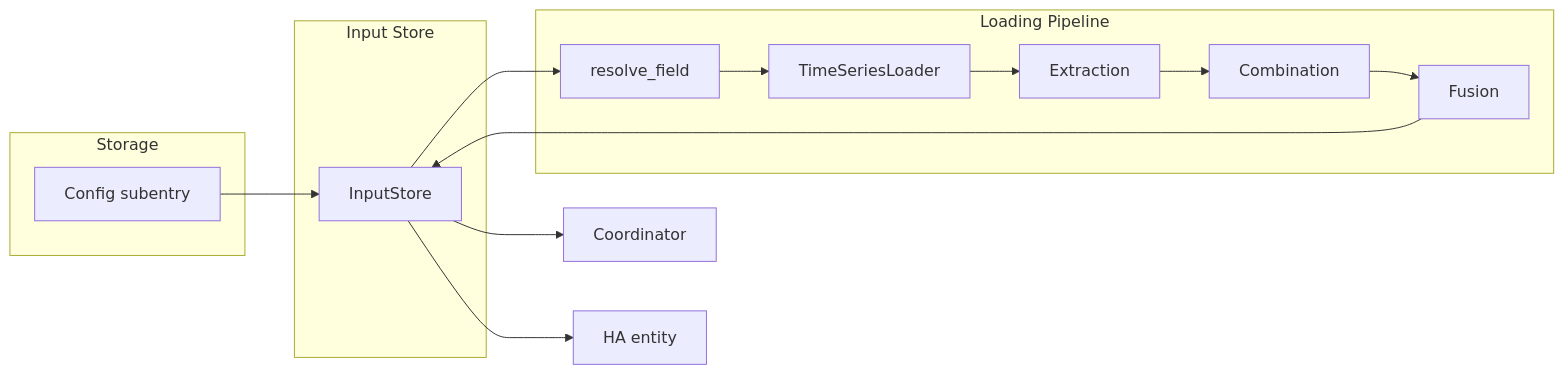
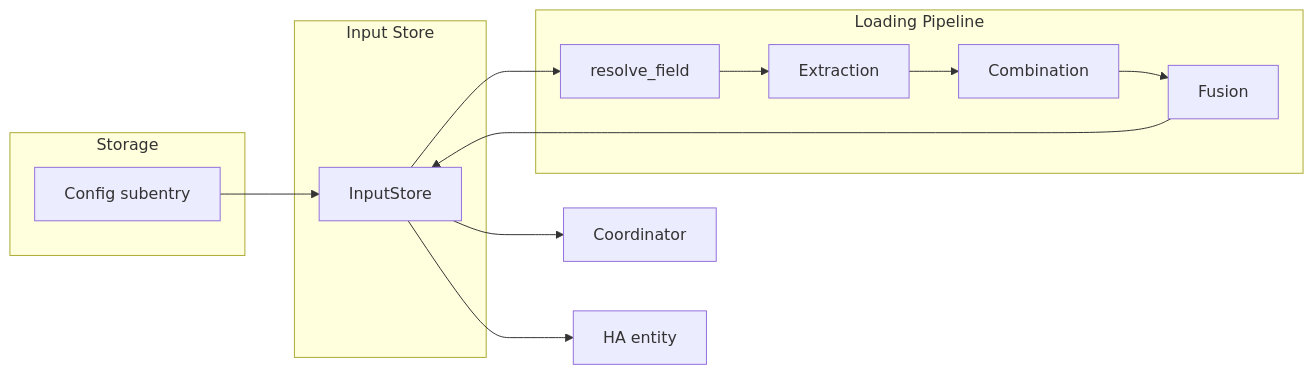
One commit to hass-energy/haeo changed the diagram in docs/developer-guide/data-loading.md. Above: the diagram before and after it, drawn with Mermaid. The commit also changed other lines of this file and 13 other files, not shown here.

````diff
--- a/docs/developer-guide/data-loading.md
+++ b/docs/developer-guide/data-loading.md
@@ -38,28 +38,26 @@
 ```mermaid
 graph LR
     subgraph "Storage"
         SE[Config subentry]
     end
 
     subgraph "Input Store"
         IS[InputStore]
     end
 
     subgraph "Loading Pipeline"
         RF[resolve_field]
-        TSL[TimeSeriesLoader]
         Ext[Extraction]
         Comb[Combination]
         Fuse[Fusion]
     end
 
     SE --> IS
     IS --> RF
-    RF --> TSL
-    TSL --> Ext
+    RF --> Ext
     Ext --> Comb
     Comb --> Fuse
     Fuse --> IS
     IS --> Coord[Coordinator]
     IS --> Ent[HA entity]
 ```
````
